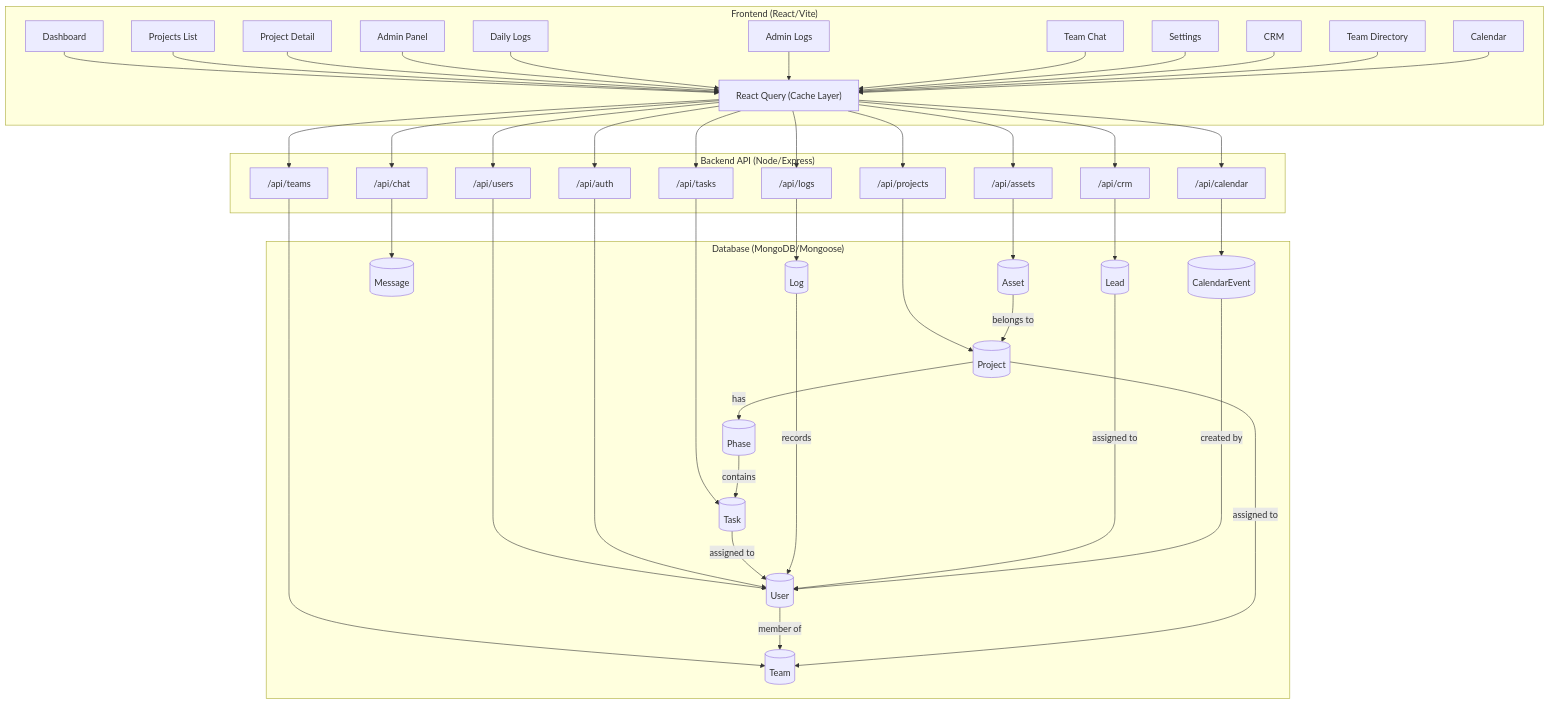
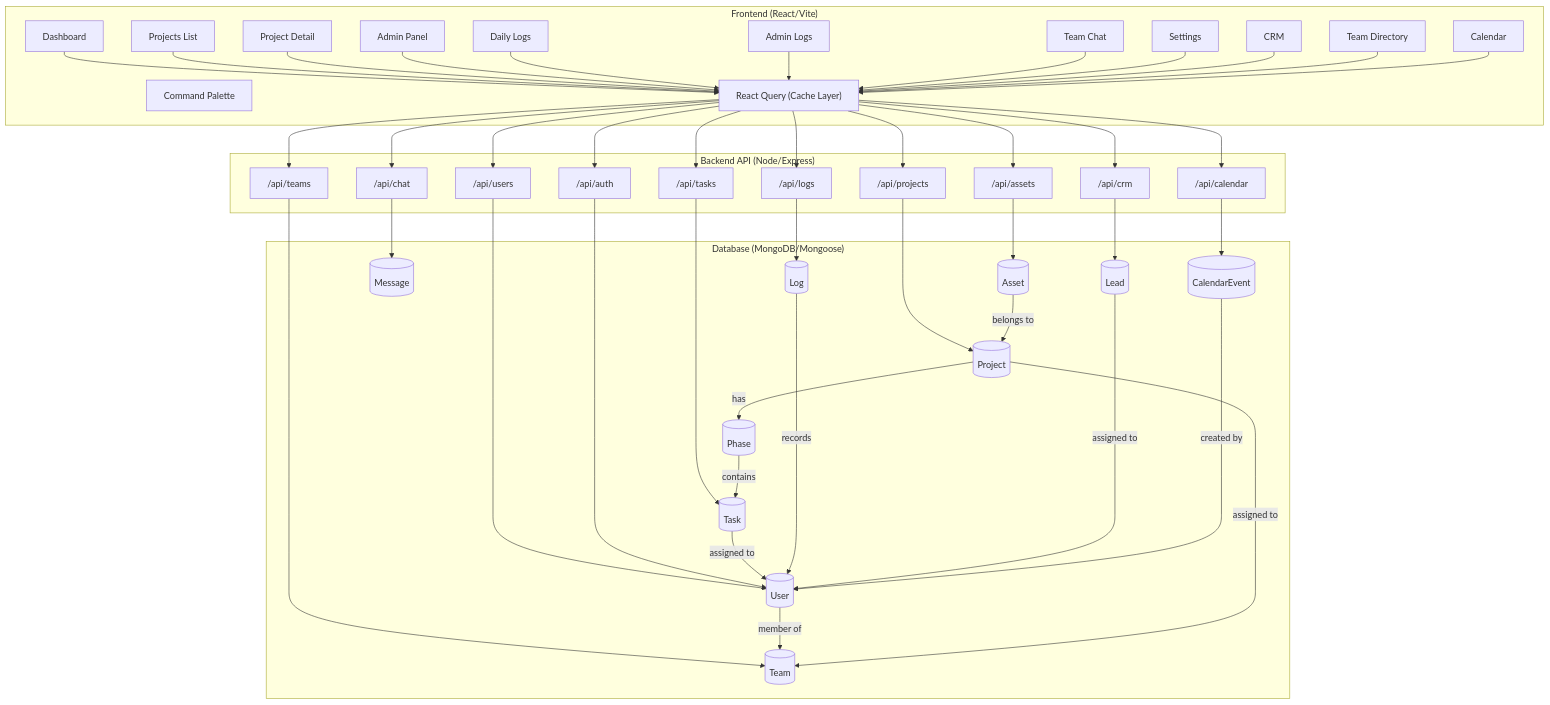
Before and after one commit to RaghavSobti37/Taskmaster: the diagram in agentic_memory/architecture_map.md, drawn with Mermaid. The commit also changed other lines of this file and 31 other files, not shown here.

Commit message:
feat: implement high-fidelity dark mode, command palette, and UI analytics suite

````diff
--- a/agentic_memory/architecture_map.md
+++ b/agentic_memory/architecture_map.md
@@ -7,67 +7,68 @@
 ```mermaid
 graph TD
     subgraph Frontend ["Frontend (React/Vite)"]
         D[Dashboard]
         PL[Projects List]
         PD[Project Detail]
         AP[Admin Panel]
         DL[Daily Logs]
         AL[Admin Logs]
         CH[Team Chat]
         ST[Settings]
         CRM_F[CRM]
         TV[Team Directory]
         CV[Calendar]
+        CP[Command Palette]
         RQ["React Query (Cache Layer)"]
     end
 
     subgraph API ["Backend API (Node/Express)"]
         T_API["/api/tasks"]
         P_API["/api/projects"]
         U_API["/api/users"]
         L_API["/api/logs"]
         A_API["/api/auth"]
         TM_API["/api/teams"]
         C_API["/api/chat"]
         CR_API["/api/crm"]
         AS_API["/api/assets"]
         CAL_API["/api/calendar"]
     end
 
     subgraph Models ["Database (MongoDB/Mongoose)"]
         M_Task[(Task)]
         M_Project[(Project)]
         M_User[(User)]
         M_Log[(Log)]
         M_Phase[(Phase)]
         M_Team[(Team)]
         M_Message[(Message)]
         M_Lead[(Lead)]
         M_Asset[(Asset)]
         M_Event[(CalendarEvent)]
     end
 
     D & PL & PD & AP & DL & AL & CH & ST & CRM_F & TV & CV --> RQ
     RQ --> T_API & P_API & U_API & L_API & A_API & TM_API & C_API & CR_API & AS_API & CAL_API
 
     T_API --> M_Task
     P_API --> M_Project
     U_API --> M_User
     L_API --> M_Log
     A_API --> M_User
     TM_API --> M_Team
     C_API --> M_Message
     CR_API --> M_Lead
     AS_API --> M_Asset
     CAL_API --> M_Event
 
     M_Project -- "has" --> M_Phase
     M_Phase -- "contains" --> M_Task
     M_Task -- "assigned to" --> M_User
     M_User -- "member of" --> M_Team
     M_Project -- "assigned to" --> M_Team
     M_Log -- "records" --> M_User
     M_Asset -- "belongs to" --> M_Project
     M_Lead -- "assigned to" --> M_User
     M_Event -- "created by" --> M_User
 ```
````
